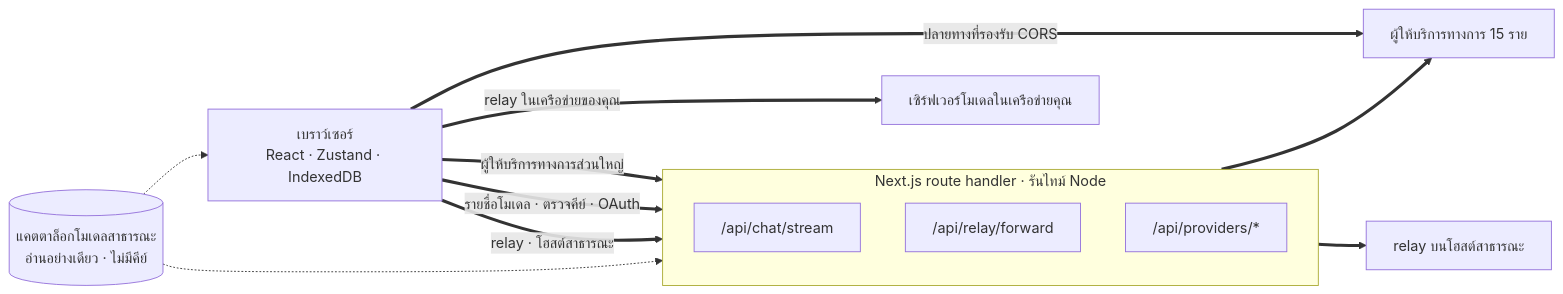
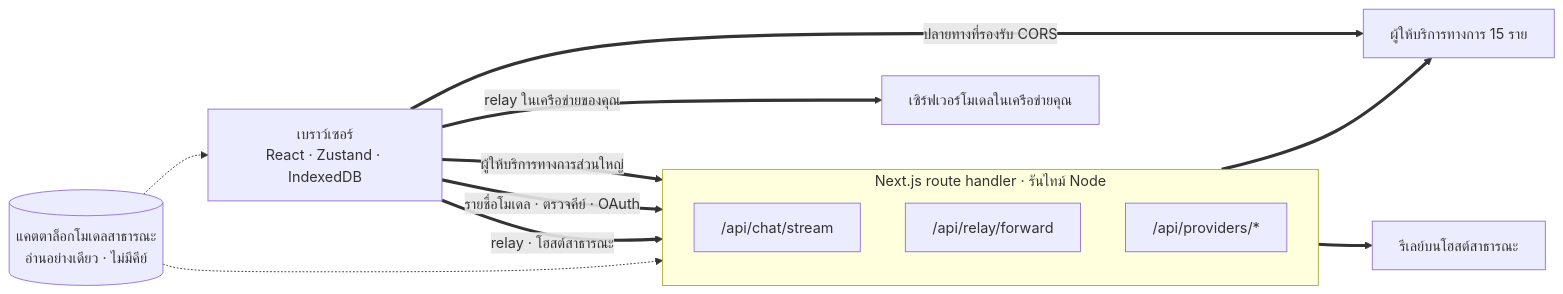
The first of 2 diagrams in readme_i18n/th/web.md (oriveo/oriveo), drawn with Mermaid before and after one commit. The commit also changed other lines of this file and 89 other files, not shown here.

````diff
--- a/readme_i18n/th/web.md
+++ b/readme_i18n/th/web.md
@@ -62,24 +63,24 @@
 ```mermaid
 flowchart LR
     browser["เบราว์เซอร์<br/>React · Zustand · IndexedDB"]
 
     subgraph server ["Next.js route handler · รันไทม์ Node"]
         direction TB
         chat["/api/chat/stream"]
         fwd["/api/relay/forward"]
         prov["/api/providers/*"]
     end
 
     official["ผู้ให้บริการทางการ 15 ราย"]
-    pubrelay["relay บนโฮสต์สาธารณะ"]
+    pubrelay["รีเลย์บนโฮสต์สาธารณะ"]
     lan["เซิร์ฟเวอร์โมเดลในเครือข่ายคุณ"]
     catalog[("แคตตาล็อกโมเดลสาธารณะ<br/>อ่านอย่างเดียว · ไม่มีคีย์")]
 
     browser ==>|"ผู้ให้บริการทางการส่วนใหญ่"| chat ==> official
     browser ==>|"รายชื่อโมเดล · ตรวจคีย์ · OAuth"| prov
     browser ==>|"relay · โฮสต์สาธารณะ"| fwd ==> pubrelay
     browser ==>|"relay ในเครือข่ายของคุณ"| lan
     browser ==>|"ปลายทางที่รองรับ CORS"| official
     catalog -.-> browser
     catalog -.-> chat
 ```
````
